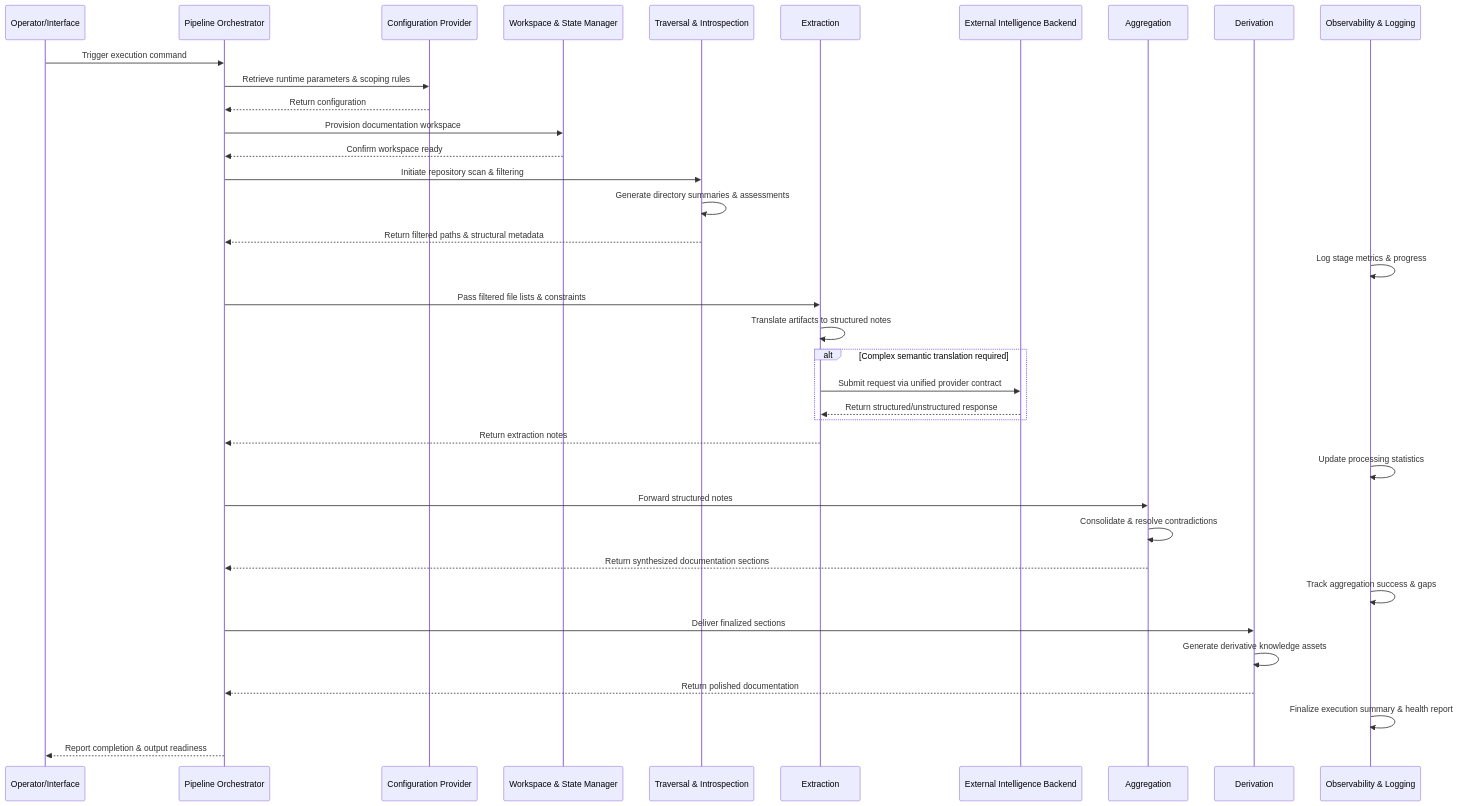
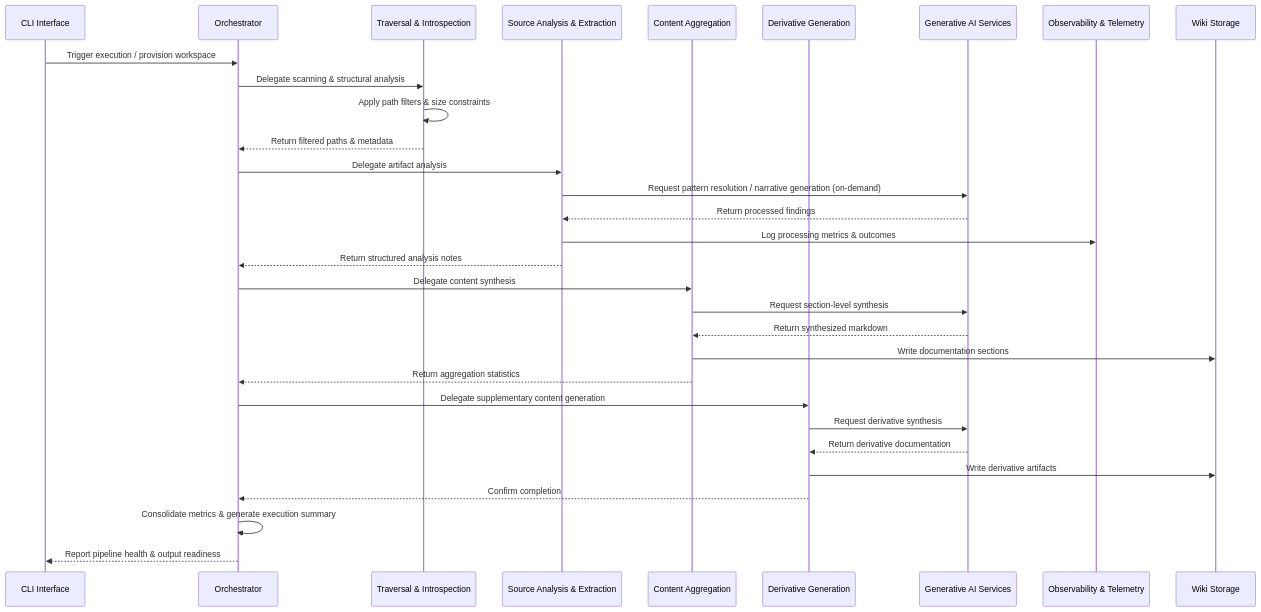
Before and after one commit to codeninja/wikifi: the third of 3 diagrams in .wikifi/diagrams.md, drawn with Mermaid. The commit also changed other lines of this file and 9 other files, not shown here.

First line of the commit message:
chore: refresh self-walk output under think=high pipeline

````diff
--- a/.wikifi/diagrams.md
+++ b/.wikifi/diagrams.md
@@ -88,45 +98,34 @@
 ```mermaid
 sequenceDiagram
-    participant Op as Operator/Interface
-    participant Orch as Pipeline Orchestrator
-    participant Conf as Configuration Provider
-    participant WS as Workspace & State Manager
-    participant Intros as Traversal & Introspection
-    participant Ext as Extraction
-    participant ExtInt as External Intelligence Backend
-    participant Agg as Aggregation
-    participant Deriv as Derivation
-    participant Obs as Observability & Logging
+  participant CLI as CLI Interface
+  participant Orch as Orchestrator
+  participant Traversal as Traversal & Introspection
+  participant Extractor as Source Analysis & Extraction
+  participant Aggregator as Content Aggregation
+  participant Deriver as Derivative Generation
+  participant AI as Generative AI Services
+  participant Telemetry as Observability & Telemetry
+  participant Storage as Wiki Storage
 
-    Op->>Orch: Trigger execution command
-    Orch->>Conf: Retrieve runtime parameters & scoping rules
-    Conf-->>Orch: Return configuration
-    Orch->>WS: Provision documentation workspace
-    WS-->>Orch: Confirm workspace ready
-
-    Orch->>Intros: Initiate repository scan & filtering
-    Intros->>Intros: Generate directory summaries & assessments
-    Intros-->>Orch: Return filtered paths & structural metadata
-    Obs->>Obs: Log stage metrics & progress
-
-    Orch->>Ext: Pass filtered file lists & constraints
-    Ext->>Ext: Translate artifacts to structured notes
-    alt Complex semantic translation required
-        Ext->>ExtInt: Submit request via unified provider contract
-        ExtInt-->>Ext: Return structured/unstructured response
-    end
-    Ext-->>Orch: Return extraction notes
-    Obs->>Obs: Update processing statistics
-
-    Orch->>Agg: Forward structured notes
-    Agg->>Agg: Consolidate & resolve contradictions
-    Agg-->>Orch: Return synthesized documentation sections
-    Obs->>Obs: Track aggregation success & gaps
-
-    Orch->>Deriv: Deliver finalized sections
-    Deriv->>Deriv: Generate derivative knowledge assets
-    Deriv-->>Orch: Return polished documentation
-    Obs->>Obs: Finalize execution summary & health report
-
-    Orch-->>Op: Report completion & output readiness
+  CLI->>Orch: Trigger execution / provision workspace
+  Orch->>Traversal: Delegate scanning & structural analysis
+  Traversal->>Traversal: Apply path filters & size constraints
+  Traversal-->>Orch: Return filtered paths & metadata
+  Orch->>Extractor: Delegate artifact analysis
+  Extractor->>AI: Request pattern resolution / narrative generation (on-demand)
+  AI-->>Extractor: Return processed findings
+  Extractor->>Telemetry: Log processing metrics & outcomes
+  Extractor-->>Orch: Return structured analysis notes
+  Orch->>Aggregator: Delegate content synthesis
+  Aggregator->>AI: Request section-level synthesis
+  AI-->>Aggregator: Return synthesized markdown
+  Aggregator->>Storage: Write documentation sections
+  Aggregator-->>Orch: Return aggregation statistics
+  Orch->>Deriver: Delegate supplementary content generation
+  Deriver->>AI: Request derivative synthesis
+  AI-->>Deriver: Return derivative documentation
+  Deriver->>Storage: Write derivative artifacts
+  Deriver-->>Orch: Confirm completion
+  Orch->>Orch: Consolidate metrics & generate execution summary
+  Orch-->>CLI: Report pipeline health & output readiness
 ```
````
